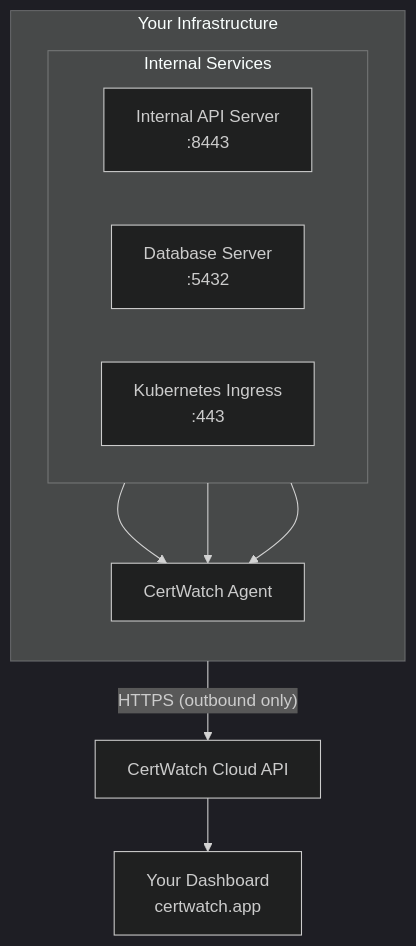
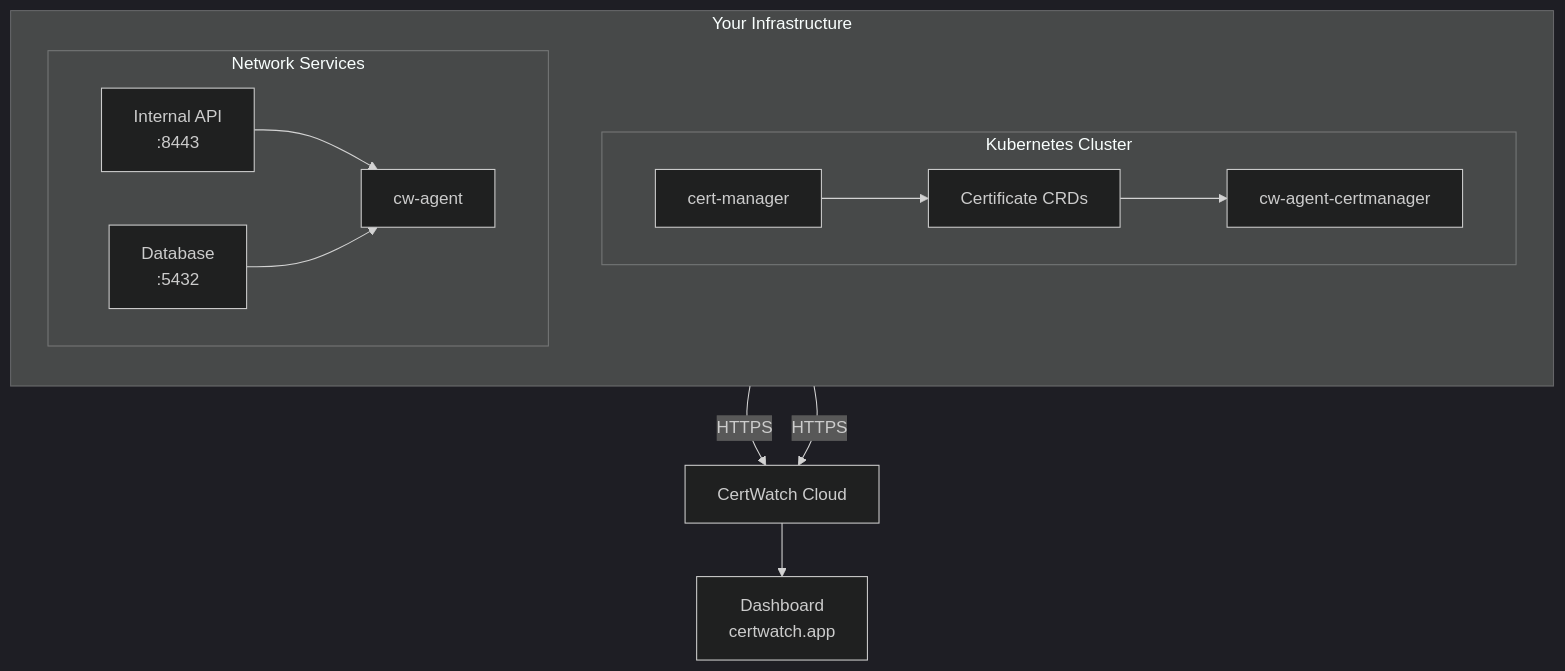
The diagram in agent/overview.mdx (certwatch-app/cw_docs), drawn with Mermaid (dark theme) before and after one commit. The commit also changed other lines of this file and 6 other files, not shown here.

````diff
--- a/agent/overview.mdx
+++ b/agent/overview.mdx
@@ -27,19 +40,28 @@
 ```mermaid
 flowchart TB
     subgraph infra["Your Infrastructure"]
         direction TB
-        subgraph services["Internal Services"]
+
+        subgraph k8s["Kubernetes Cluster"]
             direction LR
-            api["Internal API Server<br/>:8443"]
-            db["Database Server<br/>:5432"]
-            k8s["Kubernetes Ingress<br/>:443"]
+            cm["cert-manager"]
+            certs["Certificate CRDs"]
+            cmAgent["cw-agent-certmanager"]
+            cm --> certs
+            certs --> cmAgent
         end
-        agent["CertWatch Agent"]
-        api --> agent
-        db --> agent
-        k8s --> agent
+
+        subgraph services["Network Services"]
+            direction LR
+            api["Internal API<br/>:8443"]
+            db["Database<br/>:5432"]
+            netAgent["cw-agent"]
+            api --> netAgent
+            db --> netAgent
+        end
     end
 
-    agent -->|"HTTPS (outbound only)"| cloud["CertWatch Cloud API"]
-    cloud --> dashboard["Your Dashboard<br/>certwatch.app"]
+    cmAgent -->|"HTTPS"| cloud["CertWatch Cloud"]
+    netAgent -->|"HTTPS"| cloud
+    cloud --> dashboard["Dashboard<br/>certwatch.app"]
 ```
````
